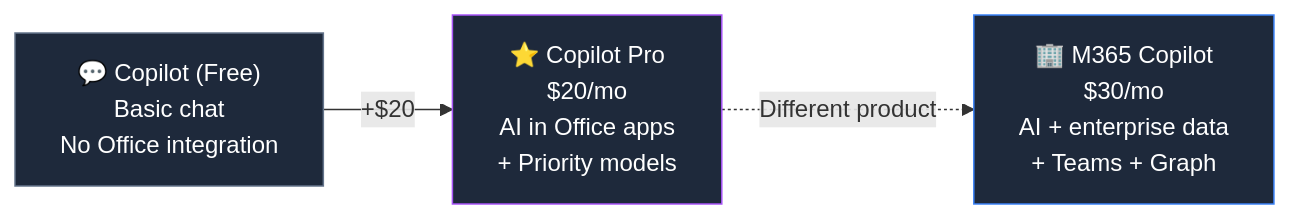
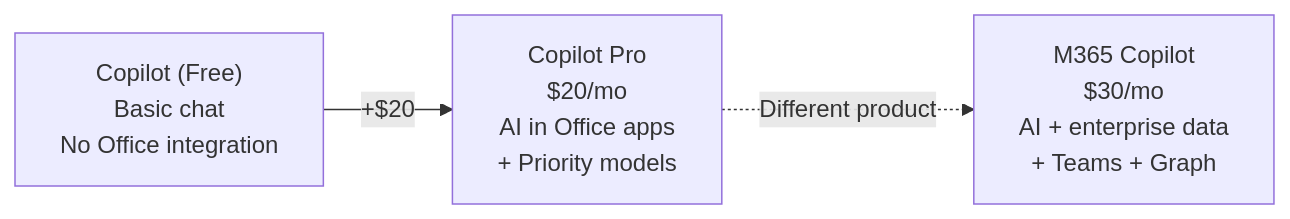
Before and after one commit to susanthgit/aguidetocloud-revamp: the diagram in content/licensing/copilot-pro.md, drawn with Mermaid. The commit also changed 553 other files, not shown here.

First line of the commit message:
🌸 Z17: Zen Mermaid diagrams — Stripe Docs style

````diff
--- a/content/licensing/copilot-pro.md
+++ b/content/licensing/copilot-pro.md
@@ -37,11 +37,8 @@
 ```mermaid
 flowchart LR
-    FREE["💬 Copilot (Free)\nBasic chat\nNo Office integration"]
-    PRO["⭐ Copilot Pro\n$20/mo\nAI in Office apps\n+ Priority models"]
-    M365["🏢 M365 Copilot\n$30/mo\nAI + enterprise data\n+ Teams + Graph"]
+    FREE["Copilot (Free)<br/>Basic chat<br/>No Office integration"]
+    PRO["Copilot Pro<br/>$20/mo<br/>AI in Office apps<br/>+ Priority models"]
+    M365["M365 Copilot<br/>$30/mo<br/>AI + enterprise data<br/>+ Teams + Graph"]
     FREE -->|"+$20"| PRO
     PRO -.->|"Different product"| M365
-    style FREE fill:#1e293b,stroke:#64748b,color:#ffffff
-    style PRO fill:#1e293b,stroke:#a855f7,color:#ffffff
-    style M365 fill:#1e293b,stroke:#3b82f6,color:#ffffff
 ```
````
